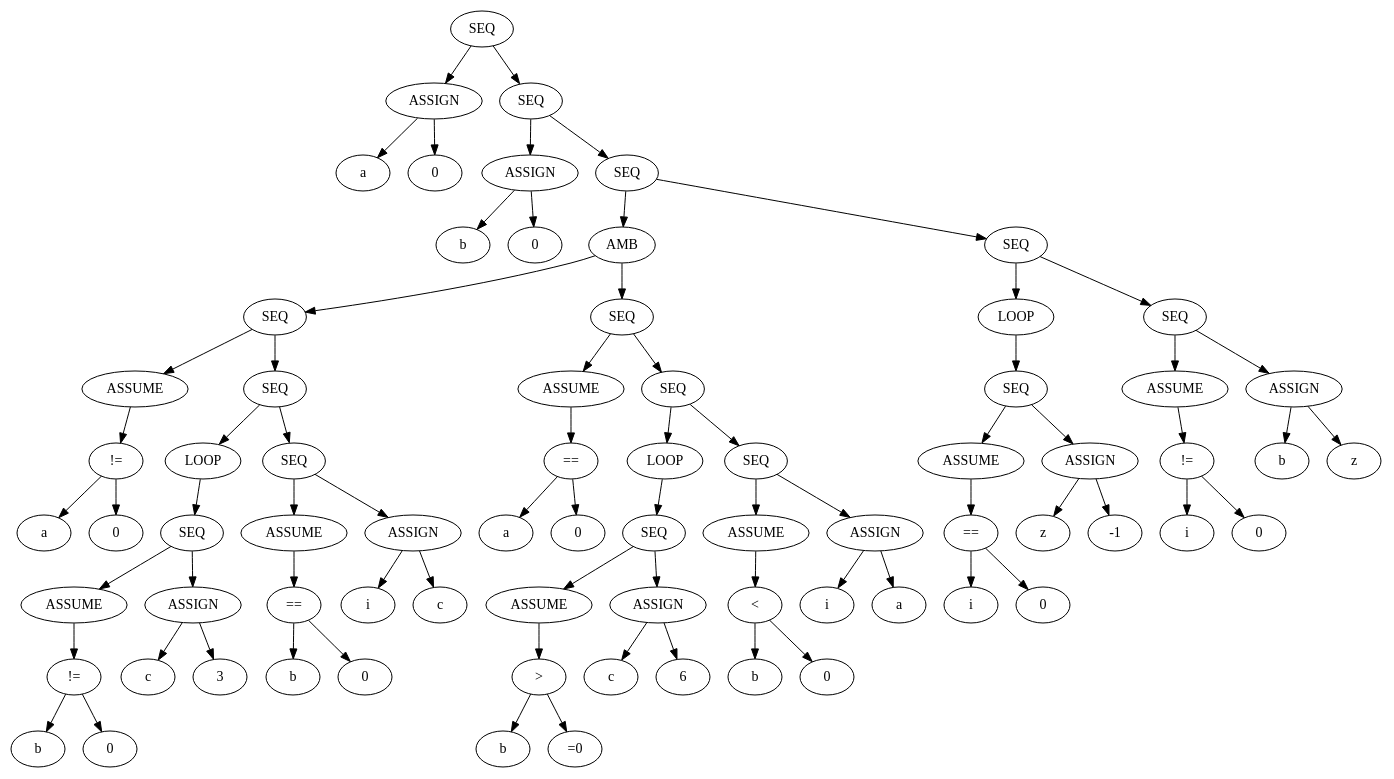
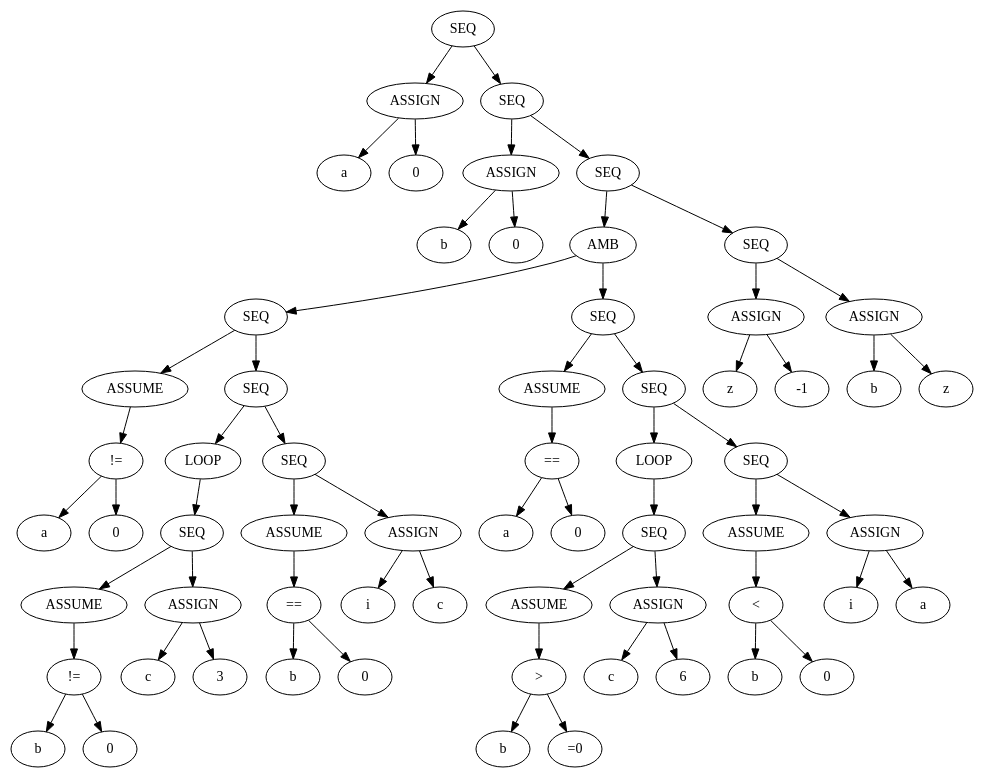
Before and after one commit to Harman309/project6: the diagram in code/asts/ambwhile/ambwhile.gv, drawn with Graphviz. The commit also changed 58 other files, not shown here.

```diff
--- a/code/asts/ambwhile/ambwhile.gv
+++ b/code/asts/ambwhile/ambwhile.gv
@@ -1,150 +1,128 @@
 // ambwhile
 digraph {
 	0 [label=SEQ]
 	1 [label=ASSIGN]
 	2 [label=a]
 	1 -> 2
 	3 [label=0]
 	1 -> 3
 	0 -> 1
 	4 [label=SEQ]
 	5 [label=ASSIGN]
 	6 [label=b]
 	5 -> 6
 	7 [label=0]
 	5 -> 7
 	4 -> 5
 	8 [label=SEQ]
 	9 [label=AMB]
 	10 [label=SEQ]
 	11 [label=ASSUME]
 	12 [label="!="]
 	13 [label=a]
 	12 -> 13
 	14 [label=0]
 	12 -> 14
 	11 -> 12
 	10 -> 11
 	15 [label=SEQ]
 	16 [label=LOOP]
 	17 [label=SEQ]
 	18 [label=ASSUME]
 	19 [label="!="]
 	20 [label=b]
 	19 -> 20
 	21 [label=0]
 	19 -> 21
 	18 -> 19
 	17 -> 18
 	22 [label=ASSIGN]
 	23 [label=c]
 	22 -> 23
 	24 [label=3]
 	22 -> 24
 	17 -> 22
 	16 -> 17
 	15 -> 16
 	25 [label=SEQ]
 	26 [label=ASSUME]
 	27 [label="=="]
 	28 [label=b]
 	27 -> 28
 	29 [label=0]
 	27 -> 29
 	26 -> 27
 	25 -> 26
 	30 [label=ASSIGN]
 	31 [label=i]
 	30 -> 31
 	32 [label=c]
 	30 -> 32
 	25 -> 30
 	15 -> 25
 	10 -> 15
 	9 -> 10
 	33 [label=SEQ]
 	34 [label=ASSUME]
 	35 [label="=="]
 	36 [label=a]
 	35 -> 36
 	37 [label=0]
 	35 -> 37
 	34 -> 35
 	33 -> 34
 	38 [label=SEQ]
 	39 [label=LOOP]
 	40 [label=SEQ]
 	41 [label=ASSUME]
 	42 [label=">"]
 	43 [label=b]
 	42 -> 43
 	44 [label="=0"]
 	42 -> 44
 	41 -> 42
 	40 -> 41
 	45 [label=ASSIGN]
 	46 [label=c]
 	45 -> 46
 	47 [label=6]
 	45 -> 47
 	40 -> 45
 	39 -> 40
 	38 -> 39
 	48 [label=SEQ]
 	49 [label=ASSUME]
 	50 [label="<"]
 	51 [label=b]
 	50 -> 51
 	52 [label=0]
 	50 -> 52
 	49 -> 50
 	48 -> 49
 	53 [label=ASSIGN]
 	54 [label=i]
 	53 -> 54
 	55 [label=a]
 	53 -> 55
 	48 -> 53
 	38 -> 48
 	33 -> 38
 	9 -> 33
 	8 -> 9
 	56 [label=SEQ]
-	57 [label=LOOP]
-	58 [label=SEQ]
-	59 [label=ASSUME]
-	60 [label="=="]
-	61 [label=i]
+	57 [label=ASSIGN]
+	58 [label=z]
+	57 -> 58
+	59 [label=-1]
+	57 -> 59
+	56 -> 57
+	60 [label=ASSIGN]
+	61 [label=b]
 	60 -> 61
-	62 [label=0]
+	62 [label=z]
 	60 -> 62
-	59 -> 60
-	58 -> 59
-	63 [label=ASSIGN]
-	64 [label=z]
-	63 -> 64
-	65 [label=-1]
-	63 -> 65
-	58 -> 63
-	57 -> 58
-	56 -> 57
-	66 [label=SEQ]
-	67 [label=ASSUME]
-	68 [label="!="]
-	69 [label=i]
-	68 -> 69
-	70 [label=0]
-	68 -> 70
-	67 -> 68
-	66 -> 67
-	71 [label=ASSIGN]
-	72 [label=b]
-	71 -> 72
-	73 [label=z]
-	71 -> 73
-	66 -> 71
-	56 -> 66
+	56 -> 60
 	8 -> 56
 	4 -> 8
 	0 -> 4
 }
```
